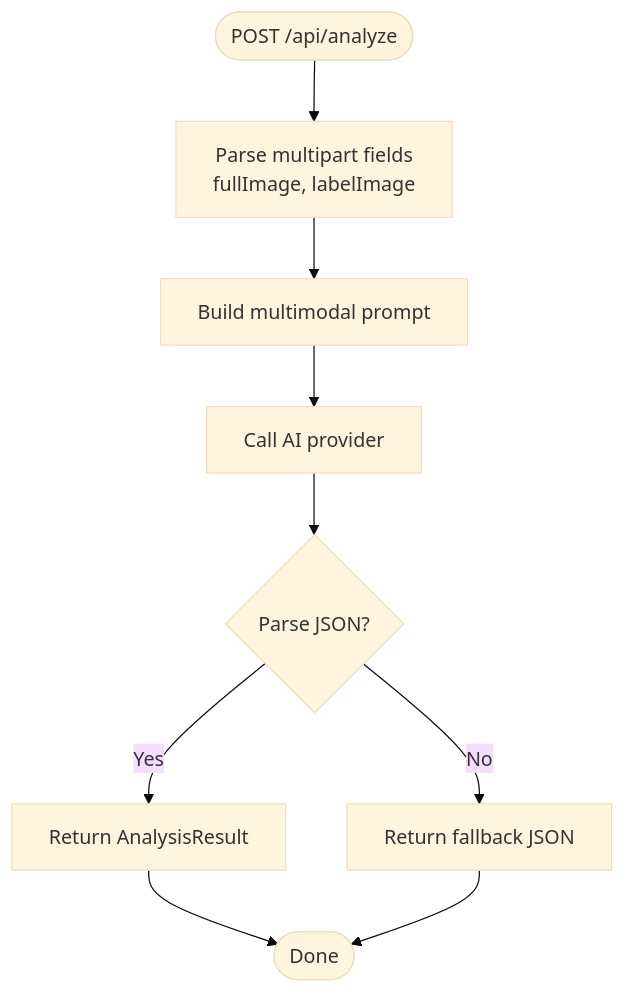
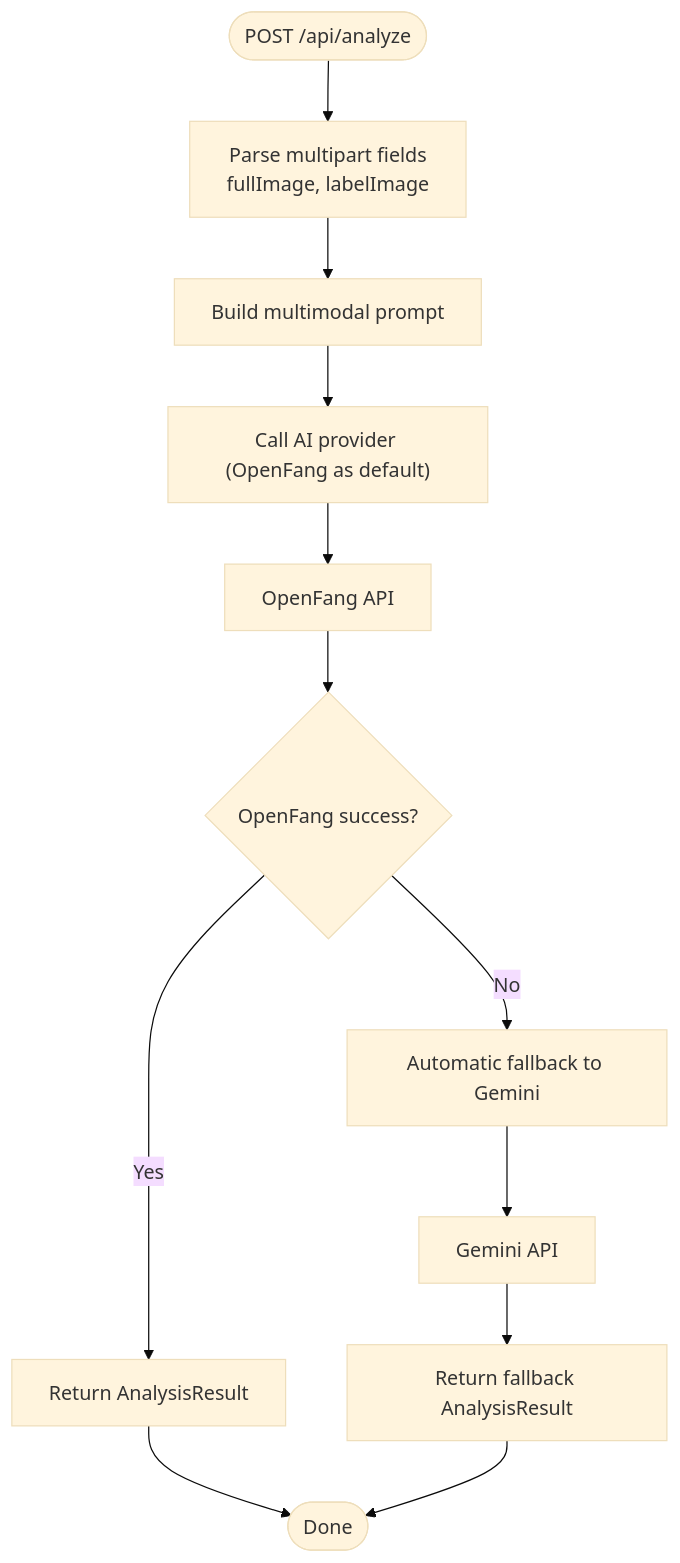
One commit to hunglevi87/Hidden-Gem changed the third of 10 diagrams in .qoder/repowiki/en/content/Backend Services/API Endpoints/Analysis Endpoints.md. Above: the diagram before and after it, drawn with Mermaid (base theme). The commit also changed other lines of this file and 5 other files, not shown here.

First line of the commit message:
feat(openfang): enhance AI provider with multi-model routing and fallback

````diff
--- a/.qoder/repowiki/en/content/Backend Services/API Endpoints/Analysis Endpoints.md
+++ b/.qoder/repowiki/en/content/Backend Services/API Endpoints/Analysis Endpoints.md
@@ -145,11 +192,14 @@
 ```mermaid
 flowchart TD
 Start(["POST /api/analyze"]) --> Parse["Parse multipart fields<br/>fullImage, labelImage"]
 Parse --> BuildPrompt["Build multimodal prompt"]
-BuildPrompt --> CallAI["Call AI provider"]
-CallAI --> ParseResp{"Parse JSON?"}
-ParseResp --> |Yes| ReturnOK["Return AnalysisResult"]
-ParseResp --> |No| Fallback["Return fallback JSON"]
+BuildPrompt --> CallAI["Call AI provider (OpenFang as default)"]
+CallAI --> OpenFang["OpenFang API"]
+OpenFang --> OFSuccess{"OpenFang success?"}
+OFSuccess --> |Yes| ReturnOK["Return AnalysisResult"]
+OFSuccess --> |No| Fallback["Automatic fallback to Gemini"]
+Fallback --> Gemini["Gemini API"]
+Gemini --> GeminiResult["Return fallback AnalysisResult"]
 ReturnOK --> End(["Done"])
-Fallback --> End
+GeminiResult --> End
 ```
````
